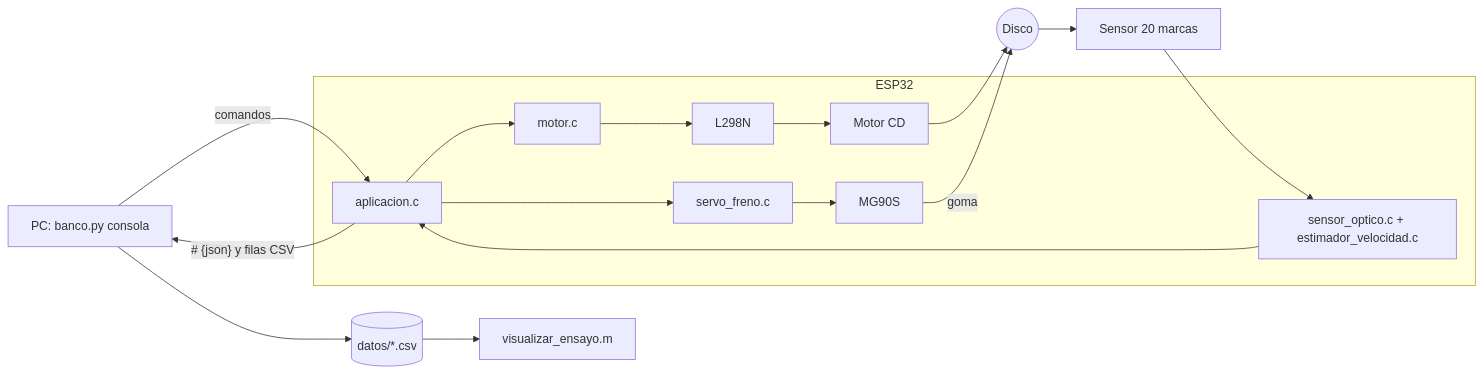
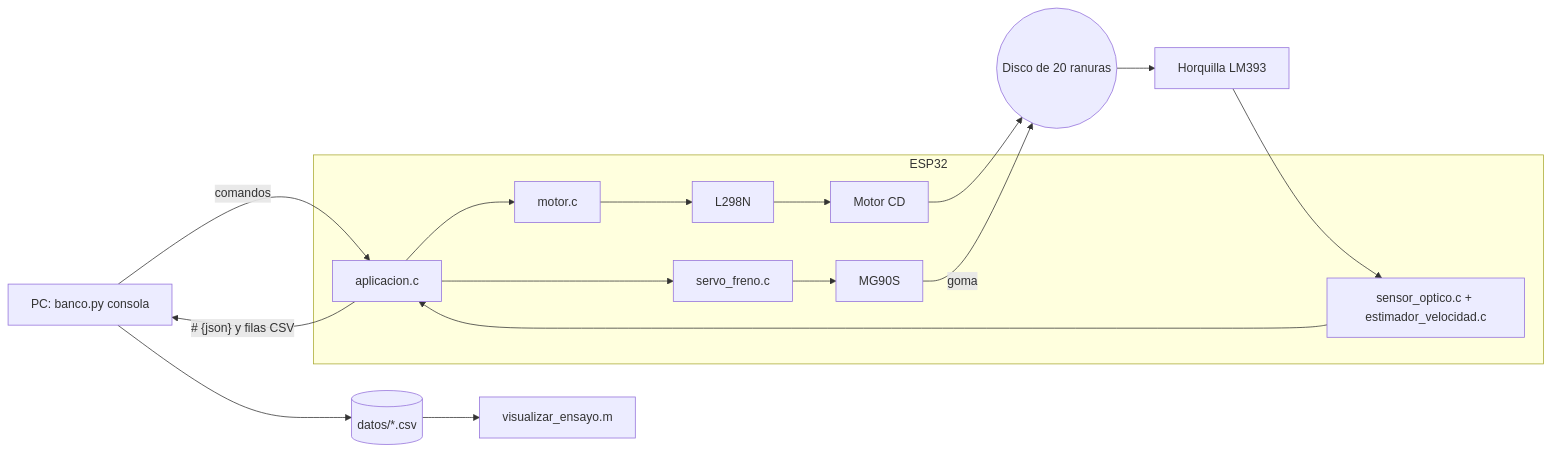
The diagram in proyecto_2_grupal/docs/03_flujo.md (TamaraCM06/tcajiao_asm_2026_s2), drawn with Mermaid before and after one commit. The commit also changed other lines of this file and 9 other files, not shown here.

First line of the commit message:
docs(asm2): sensor LM393 de horquilla y disco de 20 ranuras en codigo y documentacion

````diff
--- a/proyecto_2_grupal/docs/03_flujo.md
+++ b/proyecto_2_grupal/docs/03_flujo.md
@@ -3,13 +3,13 @@
 ```mermaid
 flowchart LR
     PC[PC: banco.py consola] -- comandos --> FW
     FW -- "# {json} y filas CSV" --> PC
     subgraph ESP32
       FW[aplicacion.c] --> SERVO[servo_freno.c] --> MG90S
       FW --> MOTOR[motor.c] --> L298N --> DC[Motor CD]
       SENSOR[sensor_optico.c + estimador_velocidad.c] --> FW
     end
-    DC --> DISCO((Disco)) --> S[Sensor 20 marcas] --> SENSOR
+    DC --> DISCO((Disco de 20 ranuras)) --> S[Horquilla LM393] --> SENSOR
     MG90S -- goma --> DISCO
     PC --> CSV[(datos/*.csv)] --> MATLAB[visualizar_ensayo.m]
 ```
````
